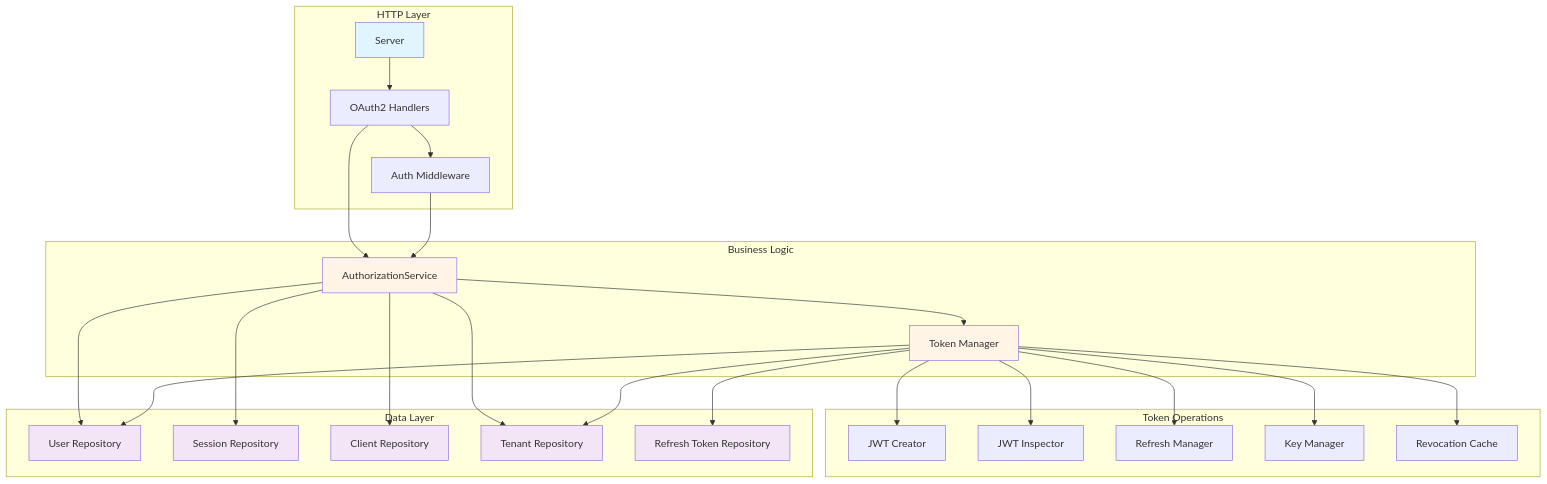
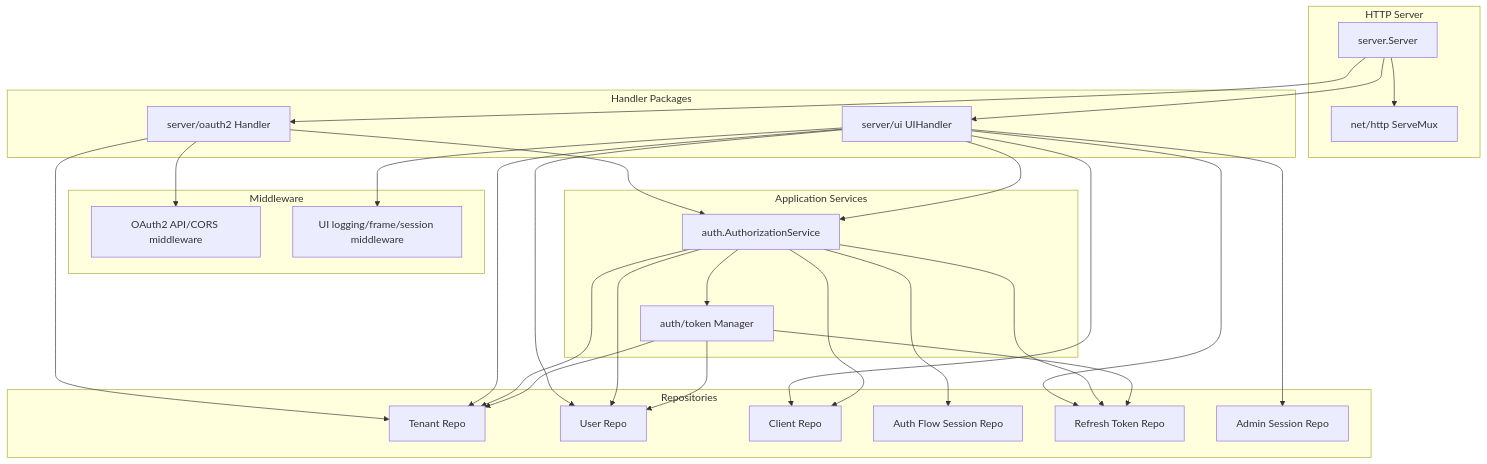
The first of 3 diagrams in README.md (jrsteele09/go-oauth-service), drawn with Mermaid before and after one commit. The commit also changed other lines of this file and 113 other files, not shown here.

````diff
--- a/README.md
+++ b/README.md
@@ -17,58 +57,58 @@
 ```mermaid
 graph TB
-    subgraph "HTTP Layer"
-        Server[Server]
-        Handlers[OAuth2 Handlers]
-        Middleware[Auth Middleware]
+    subgraph "HTTP Server"
+        Server[server.Server]
+        Router[net/http ServeMux]
     end
-    
-    subgraph "Business Logic"
-        AuthService[AuthorizationService]
-        TokenMgr[Token Manager]
+
+    subgraph "Handler Packages"
+        OAuthHandlers[server/oauth2 Handler]
+        UIHandlers[server/ui UIHandler]
     end
-    
-    subgraph "Token Operations"
-        JWTCreator[JWT Creator]
-        JWTInspector[JWT Inspector]
-        RefreshMgr[Refresh Manager]
-        KeyMgr[Key Manager]
-        RevocationCache[Revocation Cache]
+
+    subgraph "Middleware"
+        OAuthMiddleware[OAuth2 API/CORS middleware]
+        UIMiddleware[UI logging/frame/session middleware]
     end
-    
-    subgraph "Data Layer"
-        UserRepo[User Repository]
-        SessionRepo[Session Repository]
-        ClientRepo[Client Repository]
-        TenantRepo[Tenant Repository]
-        RefreshRepo[Refresh Token Repository]
+
+    subgraph "Application Services"
+        AuthService[auth.AuthorizationService]
+        TokenManager[auth/token Manager]
     end
-    
-    Server --> Handlers
-    Handlers --> AuthService
-    Handlers --> Middleware
-    Middleware --> AuthService
-    
-    AuthService --> TokenMgr
-    AuthService --> UserRepo
-    AuthService --> SessionRepo
-    AuthService --> ClientRepo
-    AuthService --> TenantRepo
-    
-    TokenMgr --> JWTCreator
-    TokenMgr --> JWTInspector
-    TokenMgr --> RefreshMgr
-    TokenMgr --> KeyMgr
-    TokenMgr --> RevocationCache
-    TokenMgr --> UserRepo
-    TokenMgr --> TenantRepo
-    TokenMgr --> RefreshRepo
-    
-    style Server fill:#e1f5ff
-    style AuthService fill:#fff4e6
-    style TokenMgr fill:#fff4e6
-    style UserRepo fill:#f3e5f5
-    style SessionRepo fill:#f3e5f5
-    style ClientRepo fill:#f3e5f5
-    style TenantRepo fill:#f3e5f5
-    style RefreshRepo fill:#f3e5f5
+
+    subgraph "Repositories"
+        Tenants[Tenant Repo]
+        Users[User Repo]
+        Clients[Client Repo]
+        AuthFlowSessions[Auth Flow Session Repo]
+        RefreshTokens[Refresh Token Repo]
+        AdminSessions[Admin Session Repo]
+    end
+
+    Server --> Router
+    Server --> OAuthHandlers
+    Server --> UIHandlers
+
+    OAuthHandlers --> OAuthMiddleware
+    OAuthHandlers --> AuthService
+    OAuthHandlers --> Tenants
+
+    UIHandlers --> UIMiddleware
+    UIHandlers --> AuthService
+    UIHandlers --> Tenants
+    UIHandlers --> Users
+    UIHandlers --> Clients
+    UIHandlers --> RefreshTokens
+    UIHandlers --> AdminSessions
+
+    AuthService --> TokenManager
+    AuthService --> Tenants
+    AuthService --> Users
+    AuthService --> Clients
+    AuthService --> AuthFlowSessions
+    AuthService --> RefreshTokens
+
+    TokenManager --> Tenants
+    TokenManager --> Users
+    TokenManager --> RefreshTokens
 ```
````
